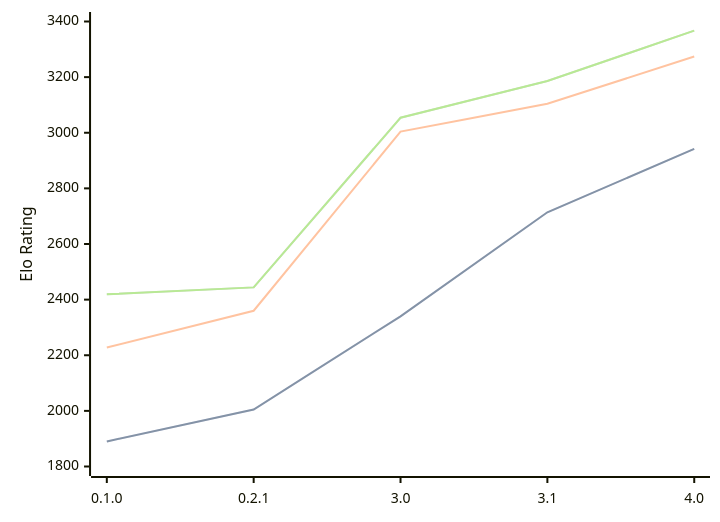
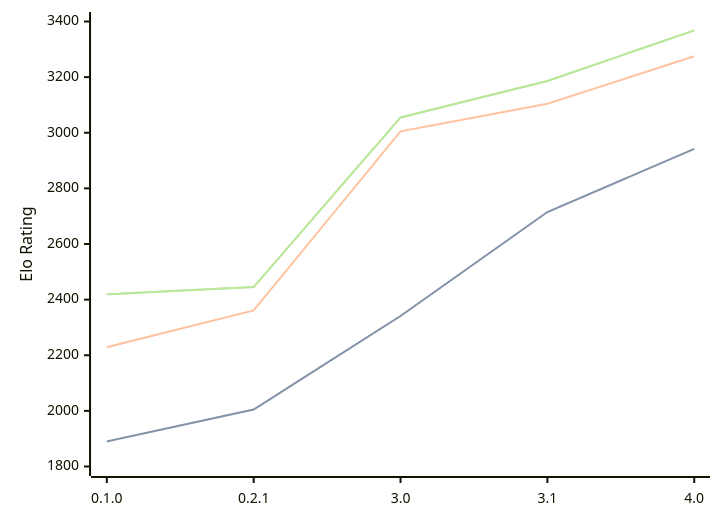
One commit to computer-chess-index/cci changed the diagram in engines/Sykora.md. Above: the diagram before and after it, drawn with Mermaid. The commit also changed other lines of this file, not shown here.

Commit message:
Update CCI Ratings (ELO VLTC) - 2026-09-08

````diff
--- a/engines/Sykora.md
+++ b/engines/Sykora.md
@@ -36,11 +36,11 @@
 ```mermaid
 %%{init: {"theme":"base","themeVariables":{"seriesColors:['#a3a3a3','#222221','#faa371']}}}%%
 xychart-beta
   x-axis ["0.1.0", "0.2.1", "3.0", "3.1", "4.0"]
   y-axis "Elo Rating" 1800 --> 3400
-  line "" [1890, 2005, 2340, 2714, 2942]
-  line "STC (8.0+0.08s)" [1890, 2005, 2340, 2714, 2942]
-  line "LTC (60.0+0.60s)" [2228, 2360, 3004, 3104, 3274]
-  line "" [2419, 2444, 3054, 3186, 3367]
-  line "VLTC (2m24s+1.12s)" [2419, 2444, 3054, 3186, 3367]
+  line "" [1890, 2005, 2341, 2715, 2942]
+  line "STC (8.0+0.08s)" [1890, 2005, 2341, 2715, 2942]
+  line "LTC (60.0+0.60s)" [2229, 2361, 3005, 3104, 3275]
+  line "" [2419, 2445, 3055, 3186, 3368]
+  line "VLTC (2m24s+1.12s)" [2419, 2445, 3055, 3186, 3368]
 ```
````
